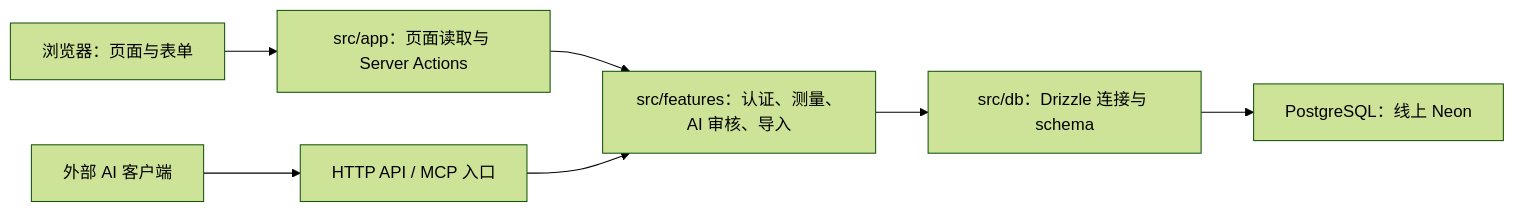
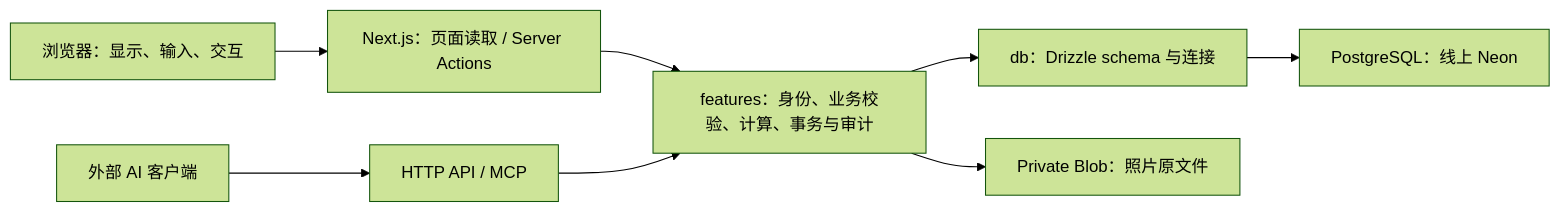
One commit to Obl1vion31/Formward changed the first of 2 diagrams in docs/code-study.md. Above: the diagram before and after it, drawn with Mermaid (forest theme). The commit also changed other lines of this file and 5 other files, not shown here.

Commit message:
docs: turn code study into architecture-first learning guide

````diff
--- a/docs/code-study.md
+++ b/docs/code-study.md
@@ -21,9 +47,10 @@
 ```mermaid
 flowchart LR
-  Web["浏览器：页面与表单"] --> Entry["src/app：页面读取与 Server Actions"]
-  AI["外部 AI 客户端"] --> API["HTTP API / MCP 入口"]
-  Entry --> Features["src/features：认证、测量、AI 审核、导入"]
+  Browser["浏览器：显示、输入、交互"] --> Web["Next.js：页面读取 / Server Actions"]
+  AI["外部 AI 客户端"] --> API["HTTP API / MCP"]
+  Web --> Features["features：身份、业务校验、计算、事务与审计"]
   API --> Features
-  Features --> DB["src/db：Drizzle 连接与 schema"]
+  Features --> DB["db：Drizzle schema 与连接"]
   DB --> PG["PostgreSQL：线上 Neon"]
+  Features --> Blob["Private Blob：照片原文件"]
 ```
````
